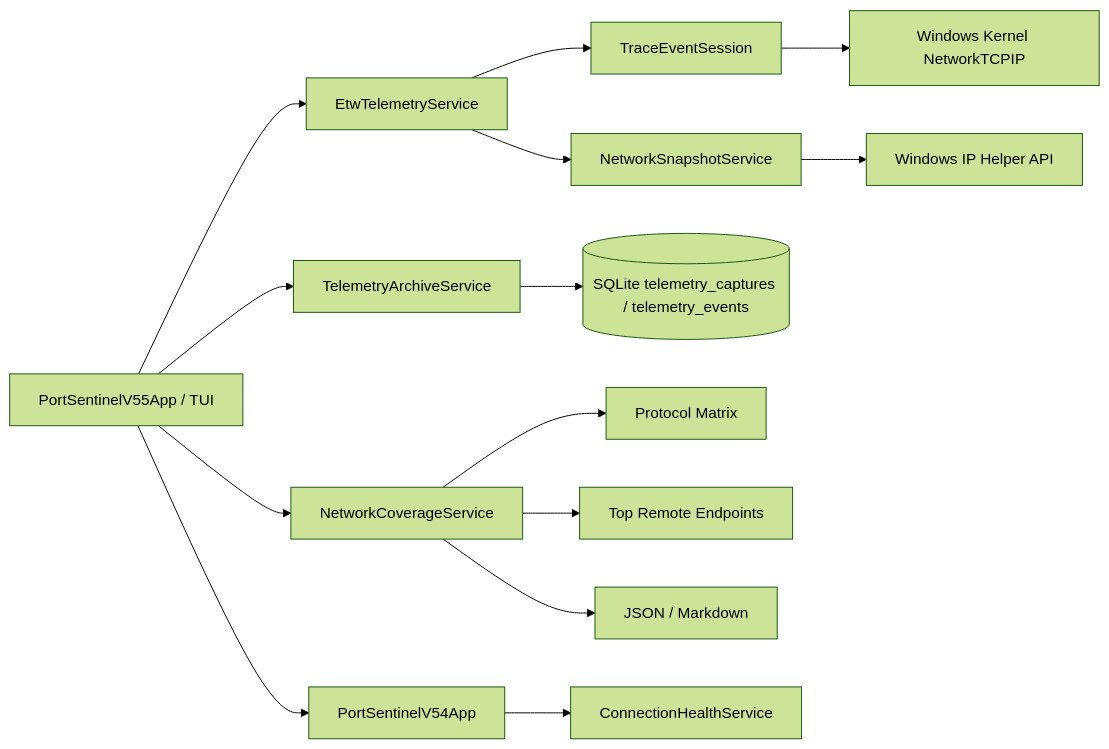
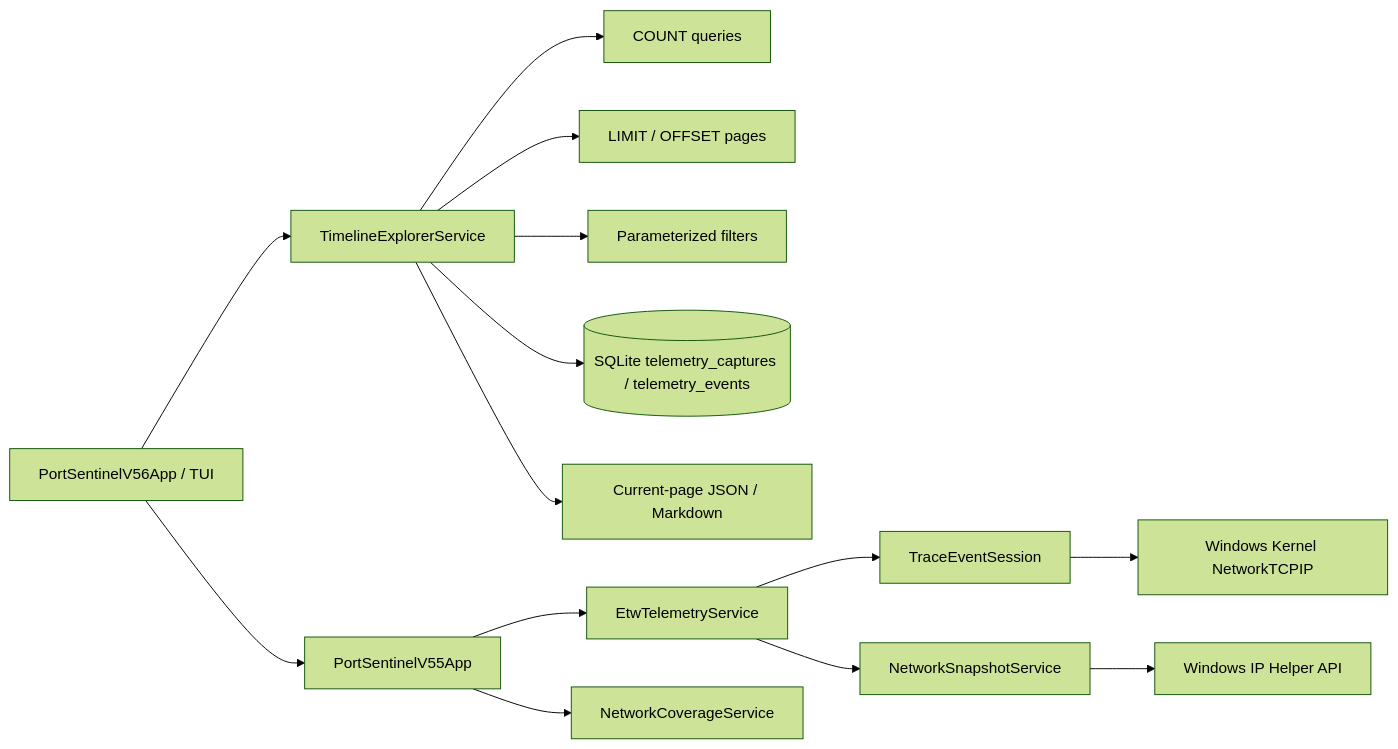
One commit to Onmaynec/PortSentinel changed the diagram in docs/ARCHITECTURE.md. Above: the diagram before and after it, drawn with Mermaid (forest theme). The commit also changed other lines of this file, not shown here.

Commit message:
Document Timeline Explorer architecture

````diff
--- a/docs/ARCHITECTURE.md
+++ b/docs/ARCHITECTURE.md
@@ -5,16 +5,16 @@
 ```mermaid
 flowchart LR
-    UI[PortSentinelV55App / TUI] --> ETW[EtwTelemetryService]
+    UI[PortSentinelV56App / TUI] --> TIMELINE[TimelineExplorerService]
+    TIMELINE --> COUNT[COUNT queries]
+    TIMELINE --> PAGE[LIMIT / OFFSET pages]
+    TIMELINE --> FILTERS[Parameterized filters]
+    TIMELINE --> DB[(SQLite telemetry_captures / telemetry_events)]
+    TIMELINE --> REPORTS[Current-page JSON / Markdown]
+    UI --> V55[PortSentinelV55App]
+    V55 --> ETW[EtwTelemetryService]
     ETW --> TRACE[TraceEventSession]
     TRACE --> KERNEL[Windows Kernel NetworkTCPIP]
     ETW --> FALLBACK[NetworkSnapshotService]
     FALLBACK --> IPH[Windows IP Helper API]
-    UI --> ARCHIVE[TelemetryArchiveService]
-    ARCHIVE --> DB[(SQLite telemetry_captures / telemetry_events)]
-    UI --> COVERAGE[NetworkCoverageService]
-    COVERAGE --> MATRIX[Protocol Matrix]
-    COVERAGE --> ENDPOINTS[Top Remote Endpoints]
-    COVERAGE --> REPORTS[JSON / Markdown]
-    UI --> V54[PortSentinelV54App]
-    V54 --> HEALTH[ConnectionHealthService]
+    V55 --> COVERAGE[NetworkCoverageService]
 ```
````
